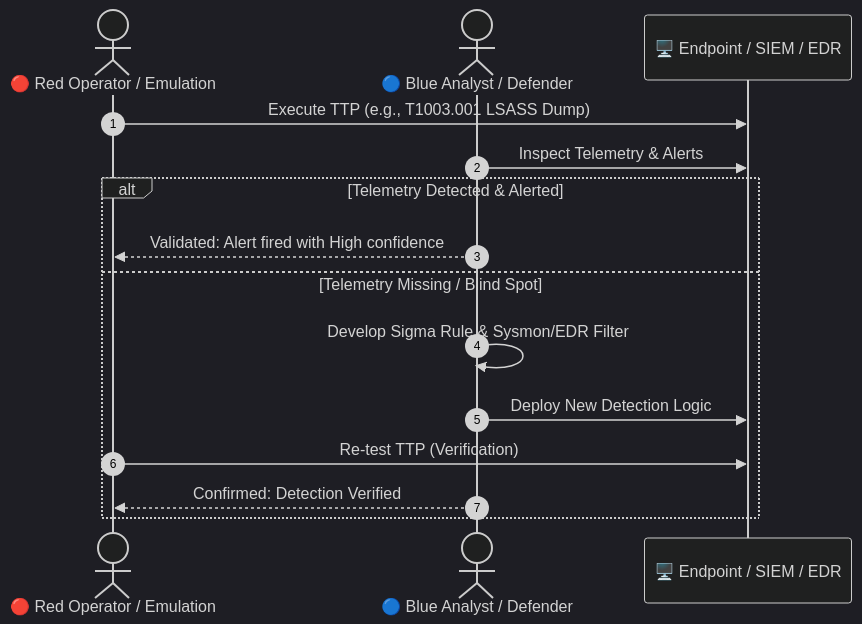
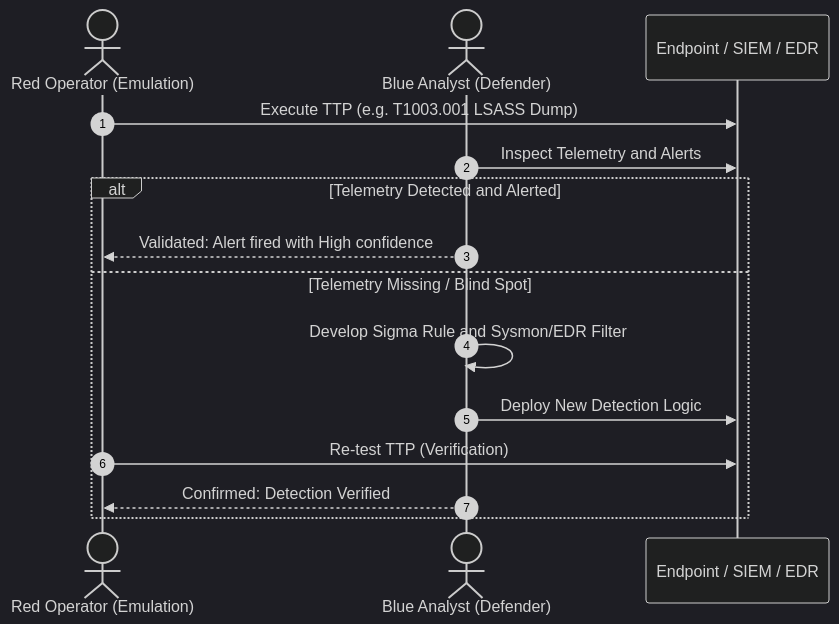
Before and after one commit to Pi25sh/cybersecurity_roadmap: the diagram in paths/purple-team.md, drawn with Mermaid (dark theme). The commit also changed 2 other files, not shown here.

Commit message:
fix: sanitize Mermaid diagrams for GitHub rich display rendering

````diff
--- a/paths/purple-team.md
+++ b/paths/purple-team.md
@@ -9,18 +9,18 @@
 ```mermaid
 sequenceDiagram
     autonumber
-    actor Red as 🔴 Red Operator / Emulation
-    actor Blue as 🔵 Blue Analyst / Defender
-    participant Sensor as 🖥️ Endpoint / SIEM / EDR
+    actor Red as Red Operator (Emulation)
+    actor Blue as Blue Analyst (Defender)
+    participant Sensor as Endpoint / SIEM / EDR
     
-    Red->>Sensor: Execute TTP (e.g., T1003.001 LSASS Dump)
-    Blue->>Sensor: Inspect Telemetry & Alerts
-    alt Telemetry Detected & Alerted
+    Red->>Sensor: Execute TTP (e.g. T1003.001 LSASS Dump)
+    Blue->>Sensor: Inspect Telemetry and Alerts
+    alt Telemetry Detected and Alerted
         Blue-->>Red: Validated: Alert fired with High confidence
     else Telemetry Missing / Blind Spot
-        Blue->>Blue: Develop Sigma Rule & Sysmon/EDR Filter
+        Blue->>Blue: Develop Sigma Rule and Sysmon/EDR Filter
         Blue->>Sensor: Deploy New Detection Logic
         Red->>Sensor: Re-test TTP (Verification)
         Blue-->>Red: Confirmed: Detection Verified
     end
 ```
````
